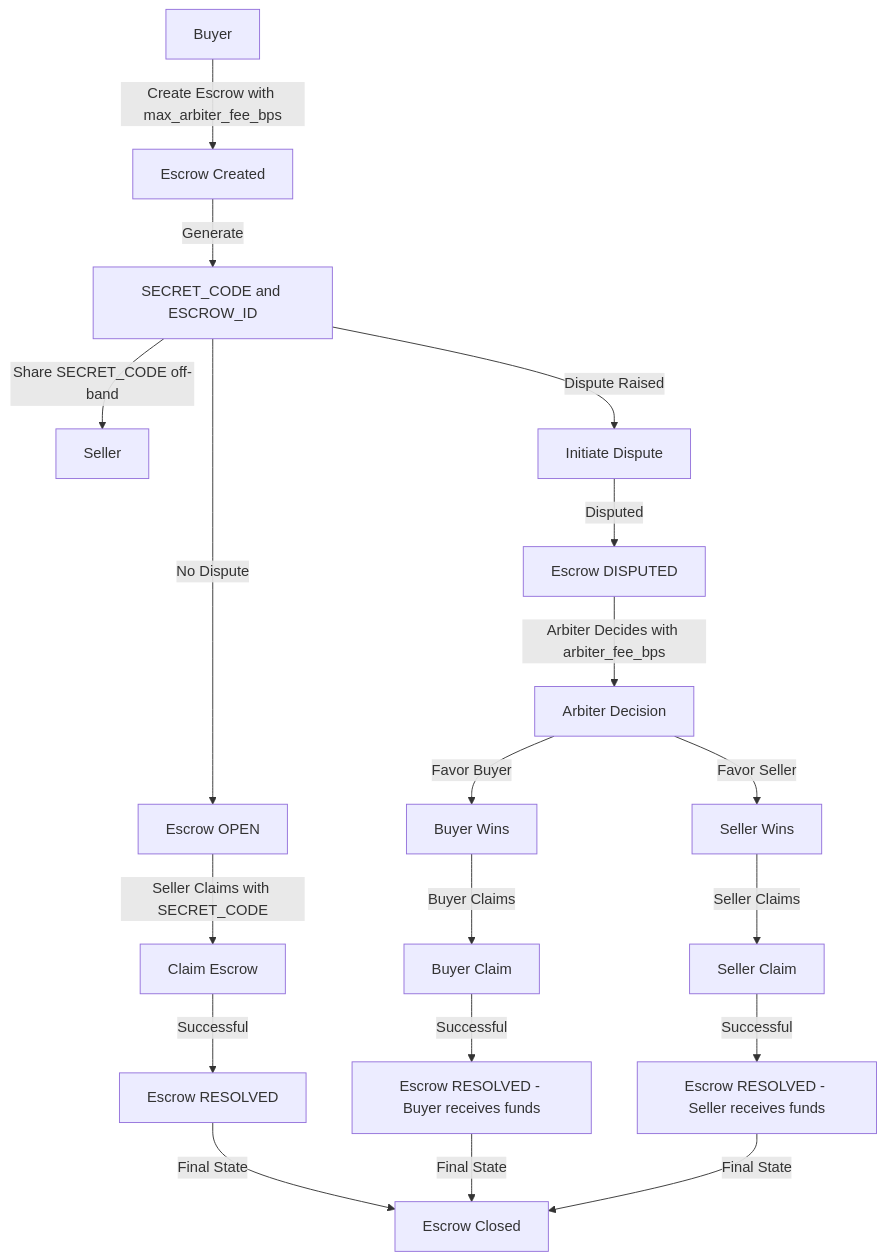
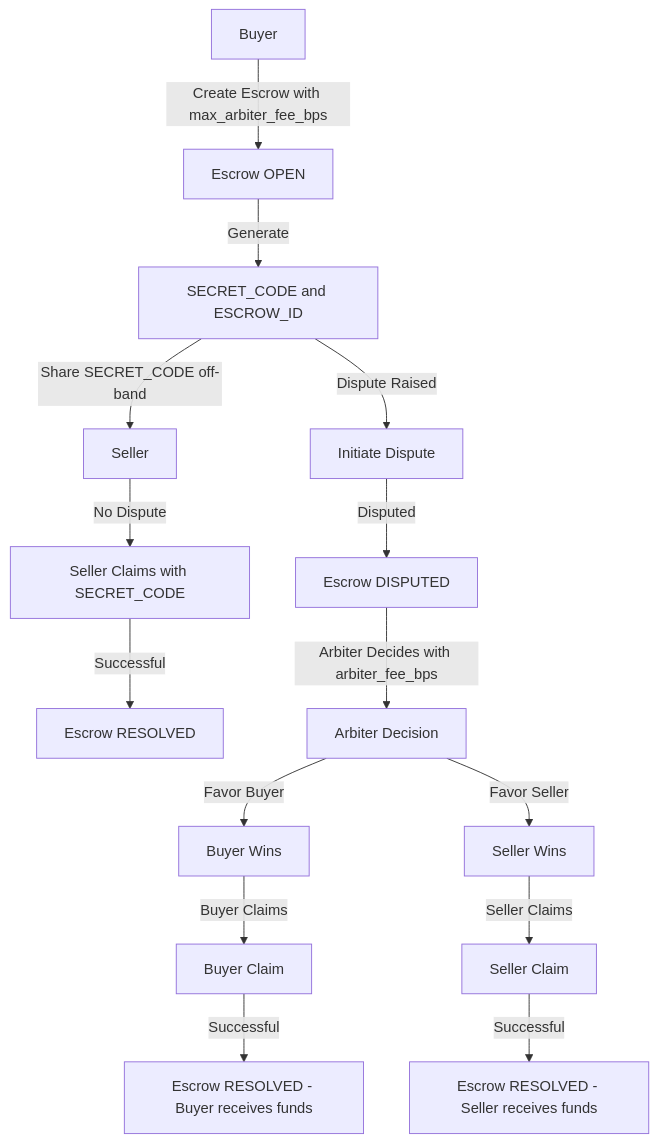
The diagram in README.md (harsh-ps-2003/escrow), drawn with Mermaid before and after one commit. The commit also changed 4 other files, not shown here.

Commit message:
chore: remove unit tests and diagram nit

````diff
--- a/README.md
+++ b/README.md
@@ -85,21 +85,17 @@
 ```mermaid
 graph TD
-    A[Buyer] -->|Create Escrow with max_arbiter_fee_bps| B[Escrow Created]
+    A[Buyer] -->|Create Escrow with max_arbiter_fee_bps| B[Escrow OPEN]
     B -->|Generate| C[SECRET_CODE and ESCROW_ID]
     C -->|Share SECRET_CODE off-band| D[Seller]
-    C -->|No Dispute| E[Escrow OPEN]
+    D -->|No Dispute| E[Seller Claims with SECRET_CODE]
     C -->|Dispute Raised| H[Initiate Dispute]
-    E -->|Seller Claims with SECRET_CODE| F[Claim Escrow]
-    F -->|Successful| G[Escrow RESOLVED]
+    E -->|Successful| G[Escrow RESOLVED]
     H -->|Disputed| I[Escrow DISPUTED]
     I -->|Arbiter Decides with arbiter_fee_bps| J[Arbiter Decision]
     J -->|Favor Buyer| K[Buyer Wins]
     J -->|Favor Seller| N[Seller Wins]
     K -->|Buyer Claims| L[Buyer Claim]
     L -->|Successful| M[Escrow RESOLVED - Buyer receives funds]
     N -->|Seller Claims| O[Seller Claim]
     O -->|Successful| P[Escrow RESOLVED - Seller receives funds]
-    G -->|Final State| Q[Escrow Closed]
-    M -->|Final State| Q
-    P -->|Final State| Q
 ```
````
